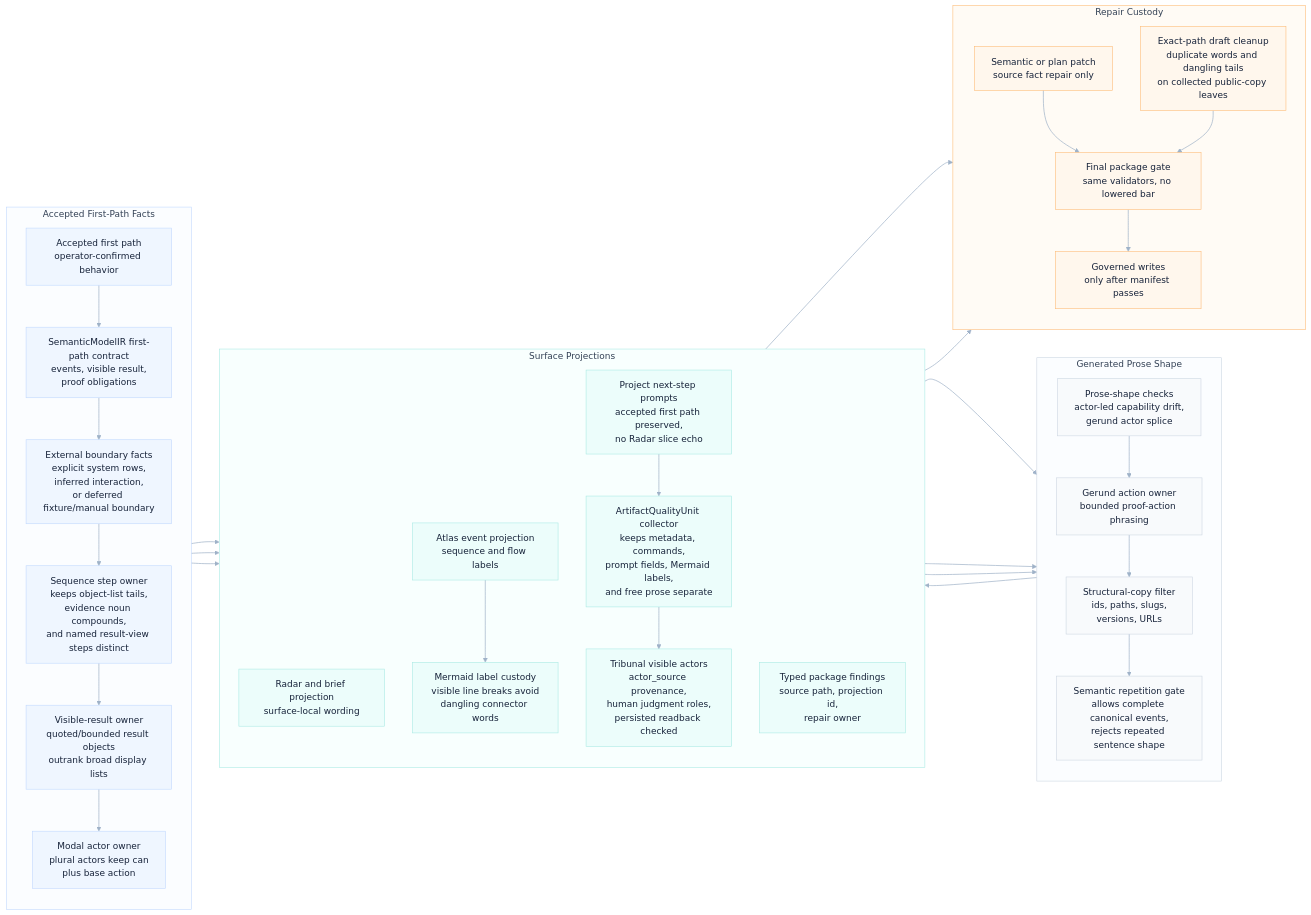
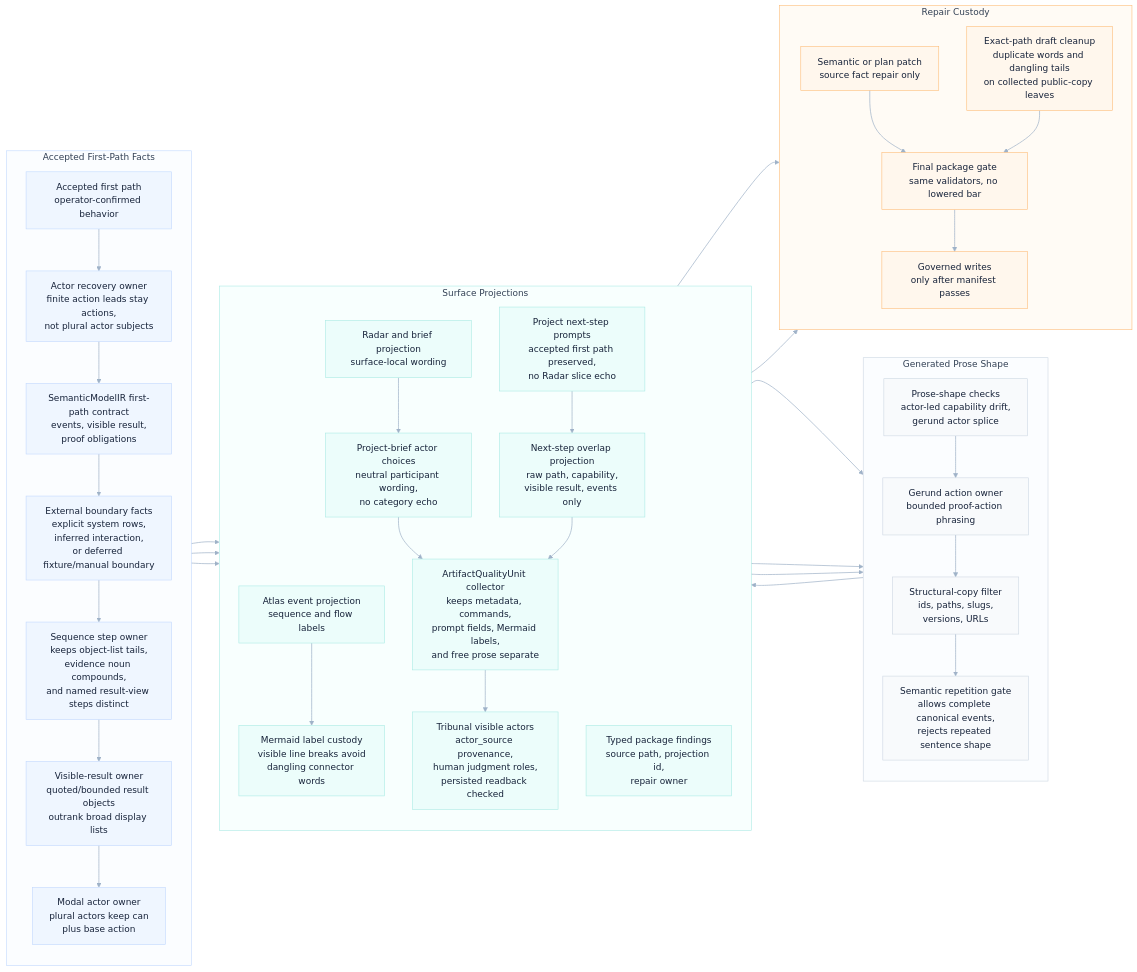
The diagram in odylith/atlas/source/greenfield-first-path-semantic-copy-custody.mmd (odylith/odylith), drawn with Mermaid before and after one commit. The commit also changed 34 other files, not shown here.

Commit message:
Fix sparse greenfield actor projection custody

```diff
--- a/odylith/atlas/source/greenfield-first-path-semantic-copy-custody.mmd
+++ b/odylith/atlas/source/greenfield-first-path-semantic-copy-custody.mmd
@@ -1,76 +1,83 @@
 flowchart LR
     subgraph intent_lane["Accepted First-Path Facts"]
       direction TB
       accepted_path["Accepted first path<br/>operator-confirmed behavior"]
+      actor_recovery["Actor recovery owner<br/>finite action leads stay actions,<br/>not plural actor subjects"]
       semantic_contract["SemanticModelIR first-path contract<br/>events, visible result,<br/>proof obligations"]
       external_boundary["External boundary facts<br/>explicit system rows,<br/>inferred interaction,<br/>or deferred fixture/manual boundary"]
       sequence_owner["Sequence step owner<br/>keeps object-list tails,<br/>evidence noun compounds,<br/>and named result-view steps distinct"]
       visible_result_owner["Visible-result owner<br/>quoted/bounded result objects<br/>outrank broad display lists"]
       modal_owner["Modal actor owner<br/>plural actors keep can<br/>plus base action"]
     end
 
     subgraph prose_lane["Generated Prose Shape"]
       direction TB
       shape_checks["Prose-shape checks<br/>actor-led capability drift,<br/>gerund actor splice"]
       gerund_owner["Gerund action owner<br/>bounded proof-action phrasing"]
       structural_filter["Structural-copy filter<br/>ids, paths, slugs,<br/>versions, URLs"]
       repetition_gate["Semantic repetition gate<br/>allows complete canonical events,<br/>rejects repeated sentence shape"]
     end
 
     subgraph projection_lane["Surface Projections"]
       direction TB
       radar_projection["Radar and brief projection<br/>surface-local wording"]
+      actor_choice_copy["Project-brief actor choices<br/>neutral participant wording,<br/>no category echo"]
       atlas_projection["Atlas event projection<br/>sequence and flow labels"]
       mermaid_label_custody["Mermaid label custody<br/>visible line breaks avoid<br/>dangling connector words"]
       next_step_prompts["Project next-step prompts<br/>accepted first path preserved,<br/>no Radar slice echo"]
+      overlap_projection["Next-step overlap projection<br/>raw path, capability,<br/>visible result, events only"]
       artifact_units["ArtifactQualityUnit collector<br/>keeps metadata, commands,<br/>prompt fields, Mermaid labels,<br/>and free prose separate"]
       tribunal_actors["Tribunal visible actors<br/>actor_source provenance,<br/>human judgment roles,<br/>persisted readback checked"]
       package_findings["Typed package findings<br/>source path, projection id,<br/>repair owner"]
     end
 
     subgraph repair_lane["Repair Custody"]
       direction TB
       semantic_plan_patch["Semantic or plan patch<br/>source fact repair only"]
       exact_draft_cleanup["Exact-path draft cleanup<br/>duplicate words and dangling tails<br/>on collected public-copy leaves"]
       final_gate["Final package gate<br/>same validators, no lowered bar"]
       governed_write["Governed writes<br/>only after manifest passes"]
     end
 
-    accepted_path --> semantic_contract
+    accepted_path --> actor_recovery
+    actor_recovery --> semantic_contract
     semantic_contract --> external_boundary
     external_boundary --> sequence_owner
     sequence_owner --> visible_result_owner
     visible_result_owner --> modal_owner
     modal_owner --> radar_projection
     modal_owner --> atlas_projection
     modal_owner --> next_step_prompts
+    radar_projection --> actor_choice_copy
     radar_projection --> shape_checks
     atlas_projection --> mermaid_label_custody
     mermaid_label_custody --> shape_checks
-    next_step_prompts --> artifact_units
+    actor_choice_copy --> artifact_units
+    next_step_prompts --> overlap_projection
+    overlap_projection --> artifact_units
     artifact_units --> tribunal_actors
     tribunal_actors --> shape_checks
     shape_checks --> gerund_owner
     gerund_owner --> structural_filter
     structural_filter --> repetition_gate
     repetition_gate --> package_findings
     package_findings --> semantic_plan_patch
     package_findings --> exact_draft_cleanup
     semantic_plan_patch --> final_gate
     exact_draft_cleanup --> final_gate
     final_gate --> governed_write
 
     classDef intent fill:#EFF6FF,stroke:#BFD7FE,color:#17233A,stroke-width:1px;
     classDef prose fill:#F8FAFC,stroke:#CBD5E1,color:#17233A,stroke-width:1px;
     classDef projection fill:#ECFDFB,stroke:#A7E9E3,color:#17233A,stroke-width:1px;
     classDef repair fill:#FFF7ED,stroke:#FDBA74,color:#17233A,stroke-width:1px;
-    class accepted_path,semantic_contract,external_boundary,sequence_owner,visible_result_owner,modal_owner intent;
+    class accepted_path,actor_recovery,semantic_contract,external_boundary,sequence_owner,visible_result_owner,modal_owner intent;
     class shape_checks,gerund_owner,structural_filter,repetition_gate prose;
-    class radar_projection,atlas_projection,mermaid_label_custody,next_step_prompts,artifact_units,tribunal_actors,package_findings projection;
+    class radar_projection,actor_choice_copy,atlas_projection,mermaid_label_custody,next_step_prompts,overlap_projection,artifact_units,tribunal_actors,package_findings projection;
     class semantic_plan_patch,exact_draft_cleanup,final_gate,governed_write repair;
 
     style intent_lane fill:#FBFDFF,stroke:#BFD7FE,stroke-width:1px,color:#334155
     style prose_lane fill:#FBFDFF,stroke:#CBD5E1,stroke-width:1px,color:#334155
     style projection_lane fill:#F8FFFE,stroke:#A7E9E3,stroke-width:1px,color:#334155
     style repair_lane fill:#FFFBF5,stroke:#FDBA74,stroke-width:1px,color:#334155
     linkStyle default stroke:#9FB2C8,stroke-width:1.25px
```
